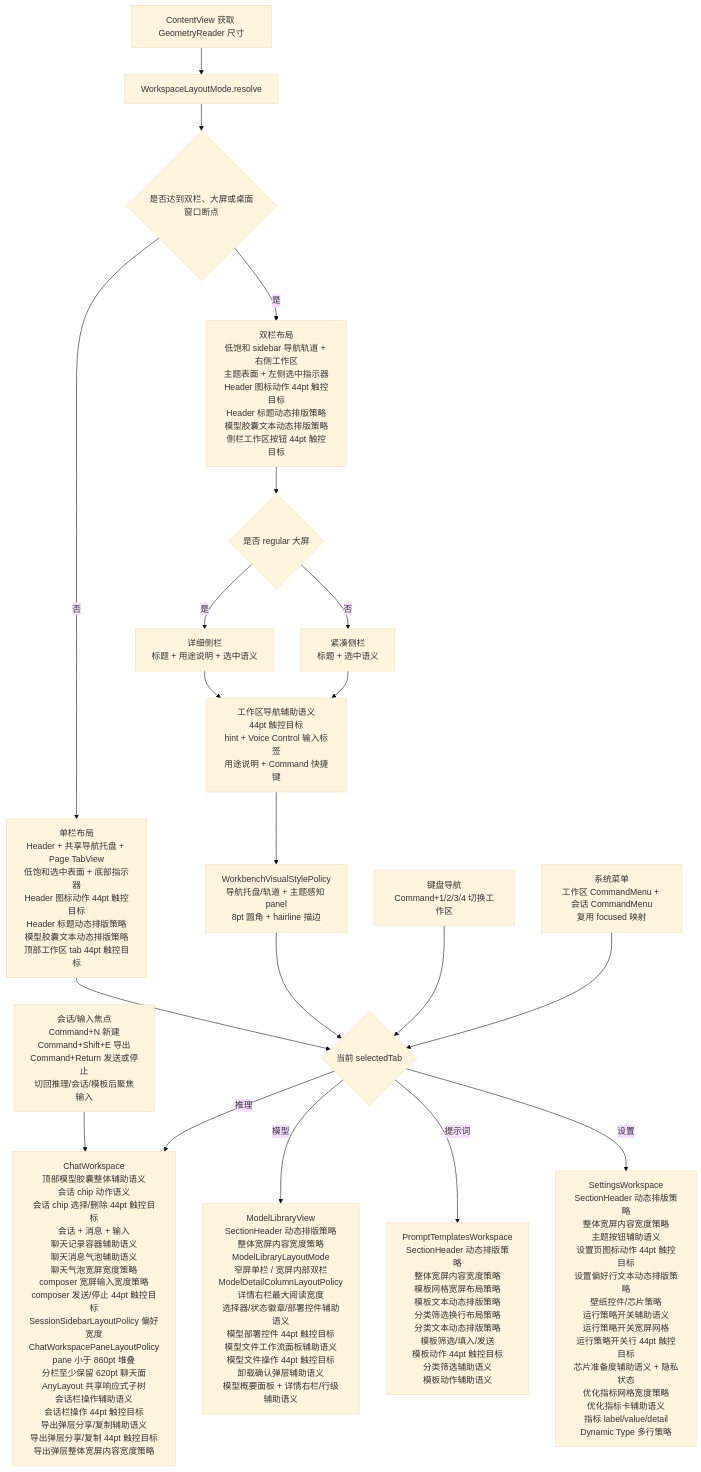
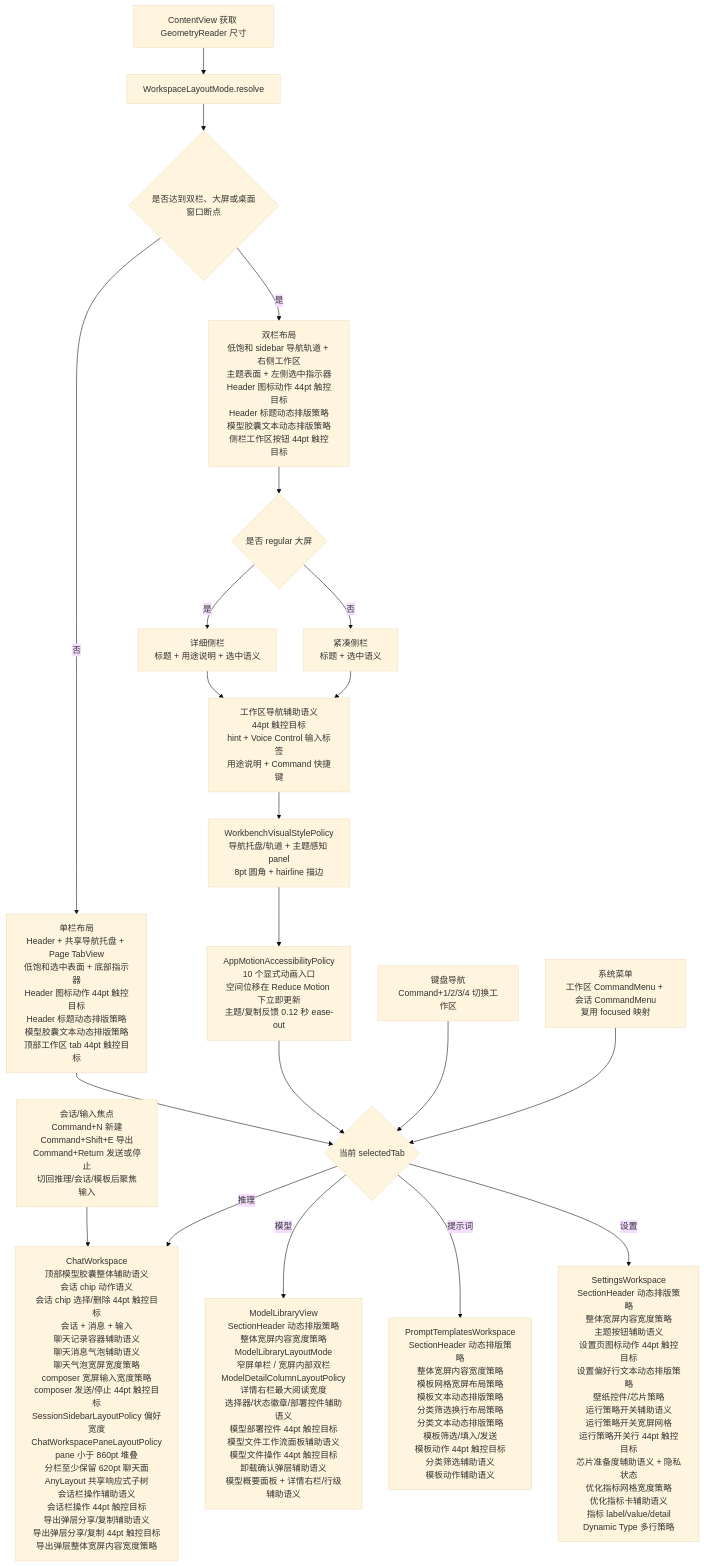
The fifth of 10 diagrams in md/flow/flowchart.md (Altman-sam114/113), drawn with Mermaid (base theme) before and after one commit. The commit also changed other lines of this file and 8 other files, not shown here.

````diff
--- a/md/flow/flowchart.md
+++ b/md/flow/flowchart.md
@@ -84,22 +84,23 @@
 ```mermaid
 flowchart TD
     A[ContentView 获取 GeometryReader 尺寸] --> B[WorkspaceLayoutMode.resolve]
     B --> C{是否达到双栏、大屏或桌面窗口断点}
     C -- 否 --> D[单栏布局<br/>Header + 共享导航托盘 + Page TabView<br/>低饱和选中表面 + 底部指示器<br/>Header 图标动作 44pt 触控目标<br/>Header 标题动态排版策略<br/>模型胶囊文本动态排版策略<br/>顶部工作区 tab 44pt 触控目标]
     C -- 是 --> E[双栏布局<br/>低饱和 sidebar 导航轨道 + 右侧工作区<br/>主题表面 + 左侧选中指示器<br/>Header 图标动作 44pt 触控目标<br/>Header 标题动态排版策略<br/>模型胶囊文本动态排版策略<br/>侧栏工作区按钮 44pt 触控目标]
     E --> N{是否 regular 大屏}
     N -- 是 --> O[详细侧栏<br/>标题 + 用途说明 + 选中语义]
     N -- 否 --> P[紧凑侧栏<br/>标题 + 选中语义]
     D --> F{当前 selectedTab}
     O --> X[工作区导航辅助语义<br/>44pt 触控目标<br/>hint + Voice Control 输入标签<br/>用途说明 + Command 快捷键]
     P --> X
     X --> V[WorkbenchVisualStylePolicy<br/>导航托盘/轨道 + 主题感知 panel<br/>8pt 圆角 + hairline 描边]
-    V --> F
+    V --> R[AppMotionAccessibilityPolicy<br/>10 个显式动画入口<br/>空间位移在 Reduce Motion 下立即更新<br/>主题/复制反馈 0.12 秒 ease-out]
+    R --> F
     K[键盘导航<br/>Command+1/2/3/4 切换工作区] --> F
     M[系统菜单<br/>工作区 CommandMenu + 会话 CommandMenu<br/>复用 focused 映射] --> F
     L[会话/输入焦点<br/>Command+N 新建<br/>Command+Shift+E 导出<br/>Command+Return 发送或停止<br/>切回推理/会话/模板后聚焦输入] --> G
     F -- 推理 --> G[ChatWorkspace<br/>顶部模型胶囊整体辅助语义<br/>会话 chip 动作语义<br/>会话 chip 选择/删除 44pt 触控目标<br/>会话 + 消息 + 输入<br/>聊天记录容器辅助语义<br/>聊天消息气泡辅助语义<br/>聊天气泡宽屏宽度策略<br/>composer 宽屏输入宽度策略<br/>composer 发送/停止 44pt 触控目标<br/>SessionSidebarLayoutPolicy 偏好宽度<br/>ChatWorkspacePaneLayoutPolicy<br/>pane 小于 860pt 堆叠<br/>分栏至少保留 620pt 聊天面<br/>AnyLayout 共享响应式子树<br/>会话栏操作辅助语义<br/>会话栏操作 44pt 触控目标<br/>导出弹层分享/复制辅助语义<br/>导出弹层分享/复制 44pt 触控目标<br/>导出弹层整体宽屏内容宽度策略]
     F -- 模型 --> H[ModelLibraryView<br/>SectionHeader 动态排版策略<br/>整体宽屏内容宽度策略<br/>ModelLibraryLayoutMode<br/>窄屏单栏 / 宽屏内部双栏<br/>ModelDetailColumnLayoutPolicy<br/>详情右栏最大阅读宽度<br/>选择器/状态徽章/部署控件辅助语义<br/>模型部署控件 44pt 触控目标<br/>模型文件工作流面板辅助语义<br/>模型文件操作 44pt 触控目标<br/>卸载确认弹层辅助语义<br/>模型概要面板 + 详情右栏/行级辅助语义]
     F -- 提示词 --> I[PromptTemplatesWorkspace<br/>SectionHeader 动态排版策略<br/>整体宽屏内容宽度策略<br/>模板网格宽屏布局策略<br/>模板文本动态排版策略<br/>分类筛选换行布局策略<br/>分类文本动态排版策略<br/>模板筛选/填入/发送<br/>模板动作 44pt 触控目标<br/>分类筛选辅助语义<br/>模板动作辅助语义]
     F -- 设置 --> J[SettingsWorkspace<br/>SectionHeader 动态排版策略<br/>整体宽屏内容宽度策略<br/>主题按钮辅助语义<br/>设置页图标动作 44pt 触控目标<br/>设置偏好行文本动态排版策略<br/>壁纸控件/芯片策略<br/>运行策略开关辅助语义<br/>运行策略开关宽屏网格<br/>运行策略开关行 44pt 触控目标<br/>芯片准备度辅助语义 + 隐私状态<br/>优化指标网格宽度策略<br/>优化指标卡辅助语义<br/>指标 label/value/detail<br/>Dynamic Type 多行策略]
 ```
````
